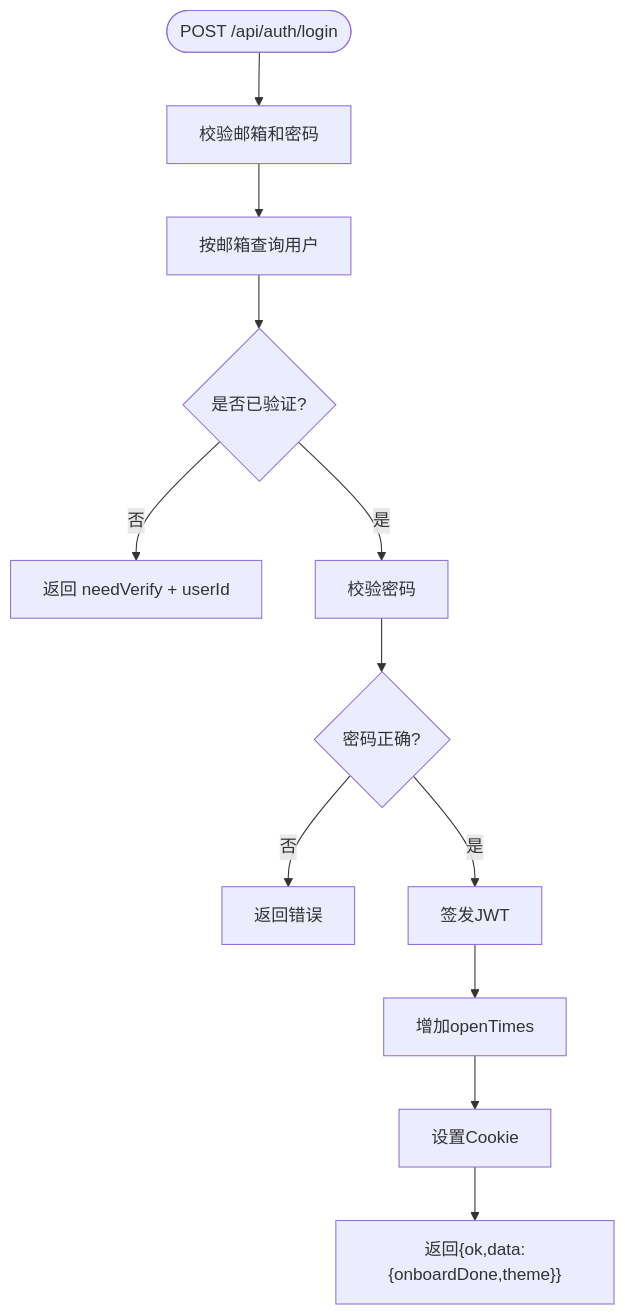
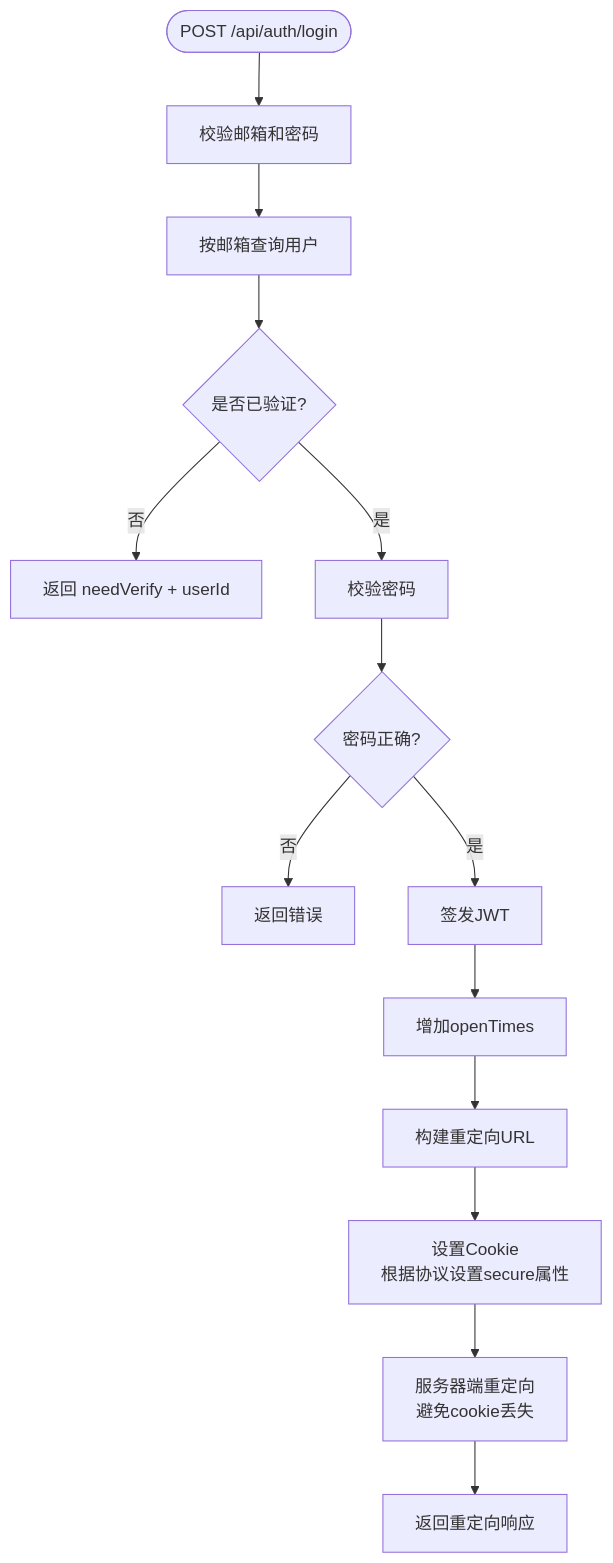
The fourth of 10 diagrams in .qoder/repowiki/zh/content/用户认证系统/登录页面调试功能.md (kangkang919/xinya), drawn with Mermaid before and after one commit. The commit also changed other lines of this file and 37 other files, not shown here.

````diff
--- a/.qoder/repowiki/zh/content/用户认证系统/登录页面调试功能.md
+++ b/.qoder/repowiki/zh/content/用户认证系统/登录页面调试功能.md
@@ -217,14 +247,16 @@
 ```mermaid
 flowchart TD
 Req(["POST /api/auth/login"]) --> Validate["校验邮箱和密码"]
 Validate --> FindUser["按邮箱查询用户"]
 FindUser --> CheckVerified{"是否已验证?"}
 CheckVerified --> |否| ReturnNeedVerify["返回 needVerify + userId"]
 CheckVerified --> |是| VerifyPwd["校验密码"]
 VerifyPwd --> Valid{"密码正确?"}
 Valid --> |否| ReturnError["返回错误"]
 Valid --> |是| SignToken["签发JWT"]
 SignToken --> UpdateOpen["增加openTimes"]
-UpdateOpen --> SetCookie["设置Cookie"]
-SetCookie --> Resp["返回{ok,data:{onboardDone,theme}}"]
+UpdateOpen --> BuildURL["构建重定向URL"]
+BuildURL --> SetCookie["设置Cookie<br/>根据协议设置secure属性"]
+SetCookie --> ServerRedirect["服务器端重定向<br/>避免cookie丢失"]
+ServerRedirect --> Resp["返回重定向响应"]
 ```
````
